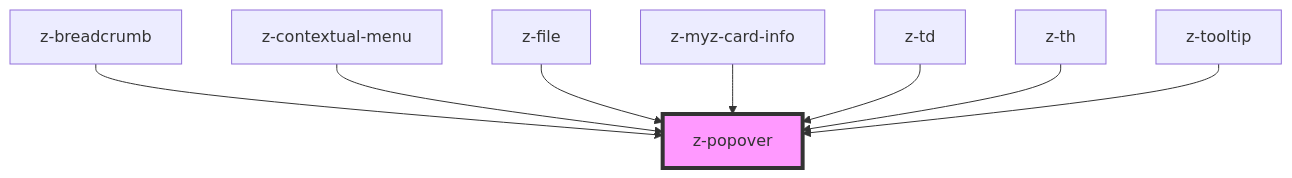
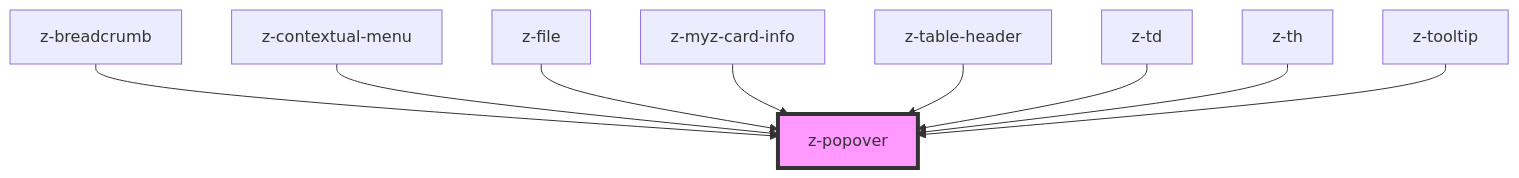
The diagram in src/components/z-popover/readme.md (ZanichelliEditore/design-system), drawn with Mermaid before and after one commit. The commit also changed other lines of this file and 53 other files, not shown here.

````diff
--- a/src/components/z-popover/readme.md
+++ b/src/components/z-popover/readme.md
@@ -62,11 +63,12 @@
 ```mermaid
 graph TD;
   z-breadcrumb --> z-popover
   z-contextual-menu --> z-popover
   z-file --> z-popover
   z-myz-card-info --> z-popover
+  z-table-header --> z-popover
   z-td --> z-popover
   z-th --> z-popover
   z-tooltip --> z-popover
   style z-popover fill:#f9f,stroke:#333,stroke-width:4px
 ```
````
